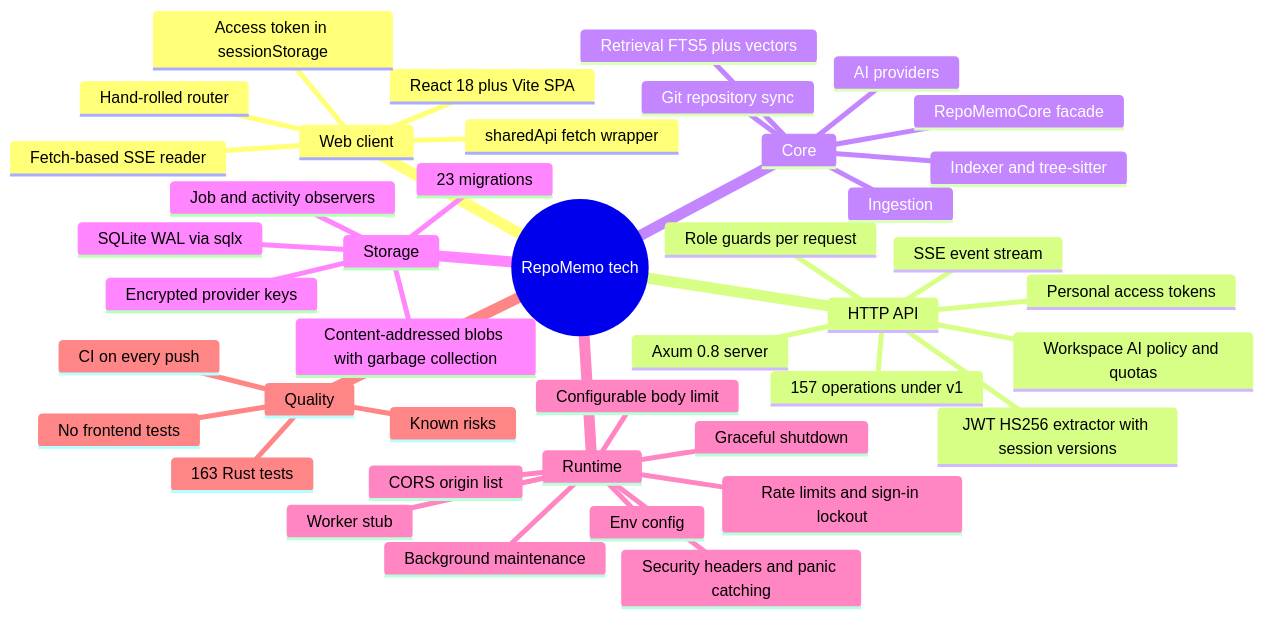
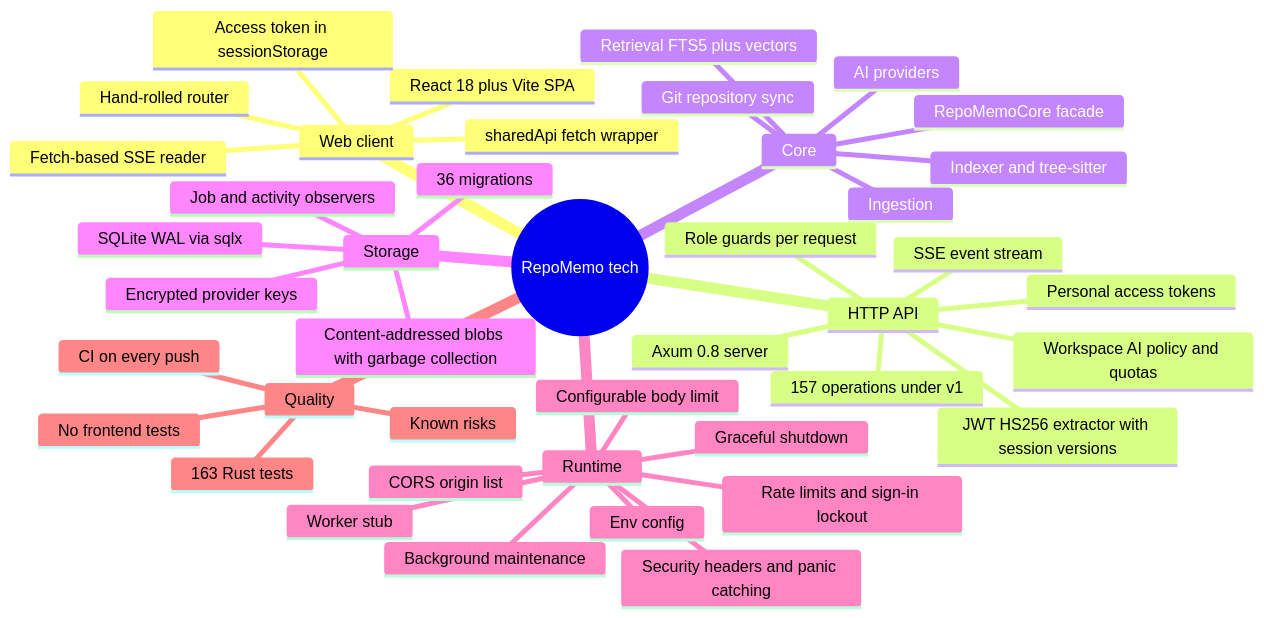
One commit to winksen/RepoMemo changed the first of 6 diagrams in mindmap/TECHNICAL_MINDMAP.md. Above: the diagram before and after it, drawn with Mermaid. The commit also changed other lines of this file and 21 other files, not shown here.

````diff
--- a/mindmap/TECHNICAL_MINDMAP.md
+++ b/mindmap/TECHNICAL_MINDMAP.md
@@ -11,45 +11,45 @@
 ```mermaid
 mindmap
   root((RepoMemo tech))
     Web client
       React 18 plus Vite SPA
       Hand-rolled router
       sharedApi fetch wrapper
       Access token in sessionStorage
       Fetch-based SSE reader
     HTTP API
       Axum 0.8 server
       157 operations under v1
       JWT HS256 extractor with session versions
       Personal access tokens
       Role guards per request
       Workspace AI policy and quotas
       SSE event stream
     Core
       RepoMemoCore facade
       Ingestion
       Indexer and tree-sitter
       Retrieval FTS5 plus vectors
       Git repository sync
       AI providers
     Storage
       SQLite WAL via sqlx
-      23 migrations
+      36 migrations
       Content-addressed blobs with garbage collection
       Encrypted provider keys
       Job and activity observers
     Runtime
       Env config
       CORS origin list
       Configurable body limit
       Rate limits and sign-in lockout
       Security headers and panic catching
       Background maintenance
       Graceful shutdown
       Worker stub
     Quality
       163 Rust tests
       No frontend tests
       CI on every push
       Known risks
 ```
````
